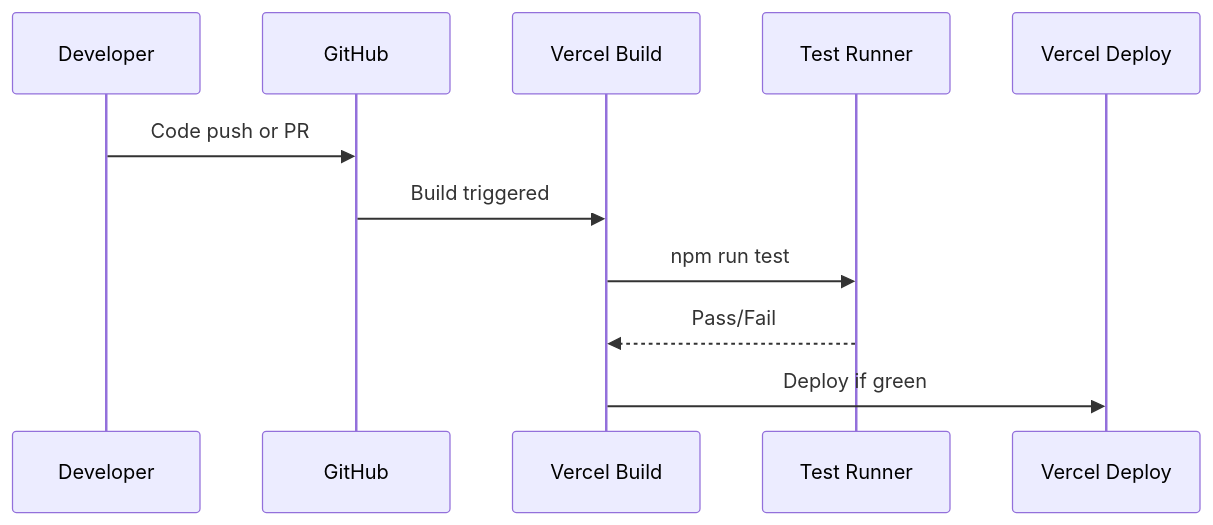
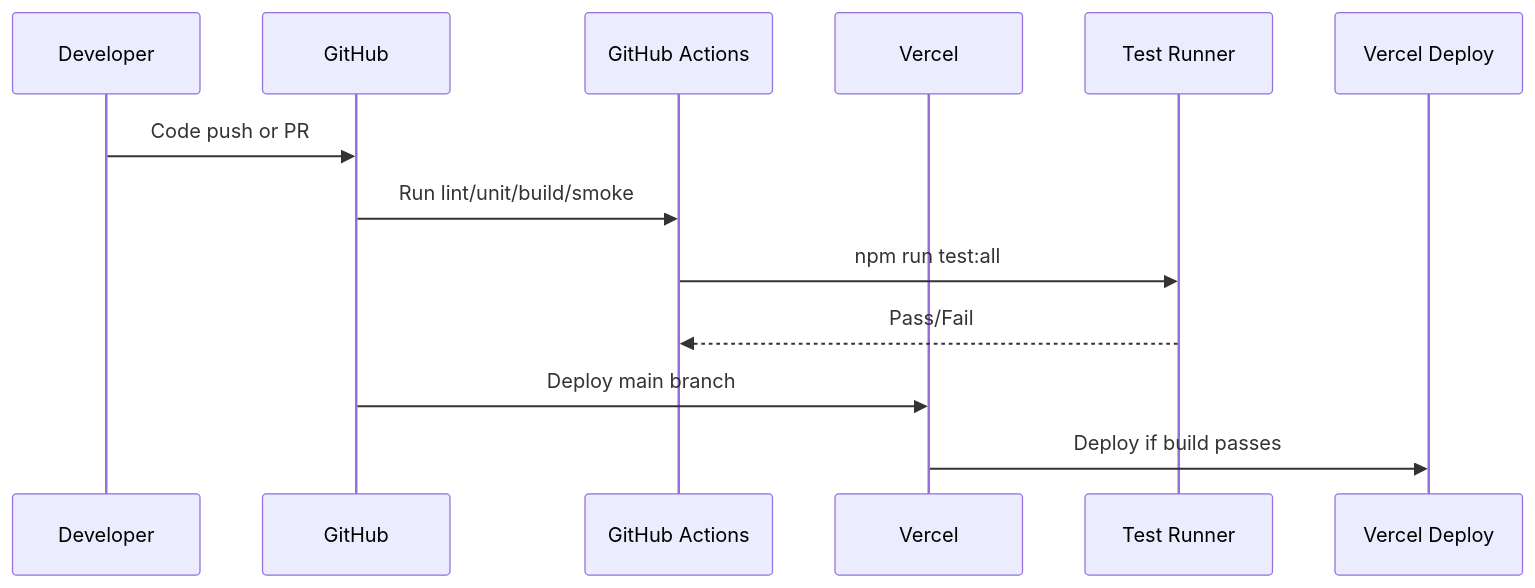
Before and after one commit to mushier-rouge/professional_website_2026: the diagram in docs/workflow/ci_cd.md, drawn with Mermaid. The commit also changed other lines of this file and 50 other files, not shown here.

````diff
--- a/docs/workflow/ci_cd.md
+++ b/docs/workflow/ci_cd.md
@@ -7,14 +7,16 @@
 ```mermaid
 sequenceDiagram
     participant Dev as Developer
     participant Git as GitHub
-    participant Vercel as Vercel Build
+    participant CI as GitHub Actions
+    participant Vercel as Vercel
     participant Tests as Test Runner
     participant Deploy as Vercel Deploy
 
     Dev->>Git: Code push or PR
-    Git->>Vercel: Build triggered
-    Vercel->>Tests: npm run test
-    Tests-->>Vercel: Pass/Fail
-    Vercel->>Deploy: Deploy if green
+    Git->>CI: Run lint/unit/build/smoke
+    CI->>Tests: npm run test:all
+    Tests-->>CI: Pass/Fail
+    Git->>Vercel: Deploy main branch
+    Vercel->>Deploy: Deploy if build passes
 ```
````
